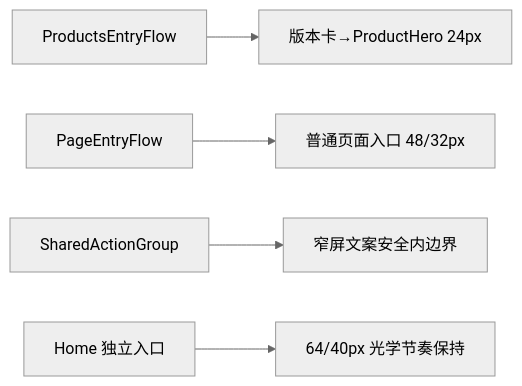
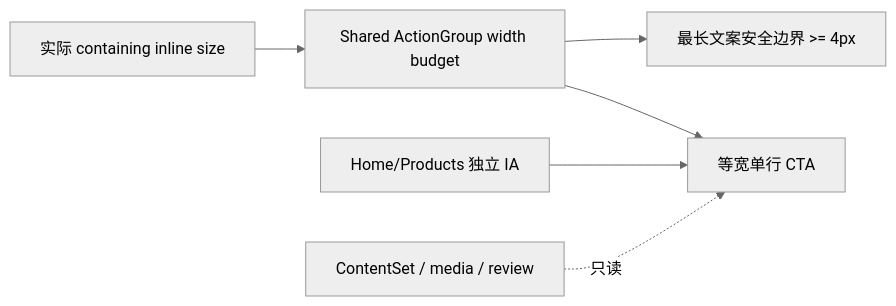
Before and after one commit to Chizheng4/xingbuild: the diagram in docs/iterations/current.md, drawn with Mermaid (neutral theme). The commit also changed other lines of this file and 8 other files, not shown here.

Commit message:
fix: close v0.26.12 action group safe width

````diff
--- a/docs/iterations/current.md
+++ b/docs/iterations/current.md
@@ -15,7 +15,8 @@
 ```mermaid
 flowchart LR
-  A[ProductsEntryFlow] --> B[版本卡→ProductHero 24px]
-  C[PageEntryFlow] --> D[普通页面入口 48/32px]
-  E[SharedActionGroup] --> F[窄屏文案安全内边界]
-  G[Home 独立入口] --> H[64/40px 光学节奏保持]
+  A[实际 containing inline size] --> B[Shared ActionGroup width budget]
+  B --> C[等宽单行 CTA]
+  B --> D[最长文案安全边界 >= 4px]
+  E[Home/Products 独立 IA] --> C
+  F[ContentSet / media / review] -.只读.-> C
 ```
````
